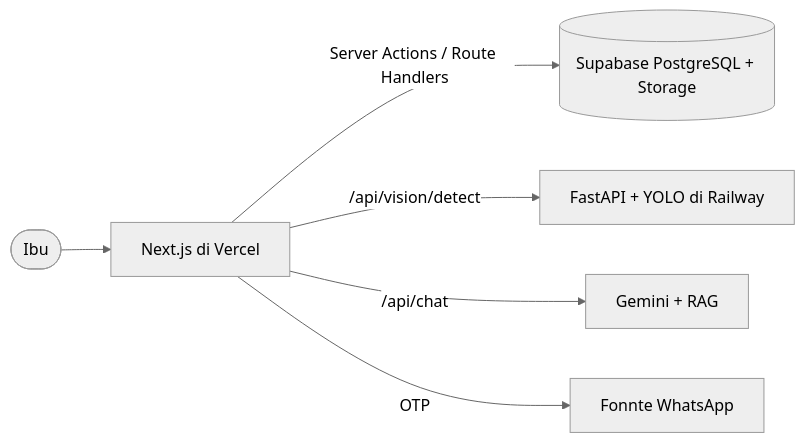
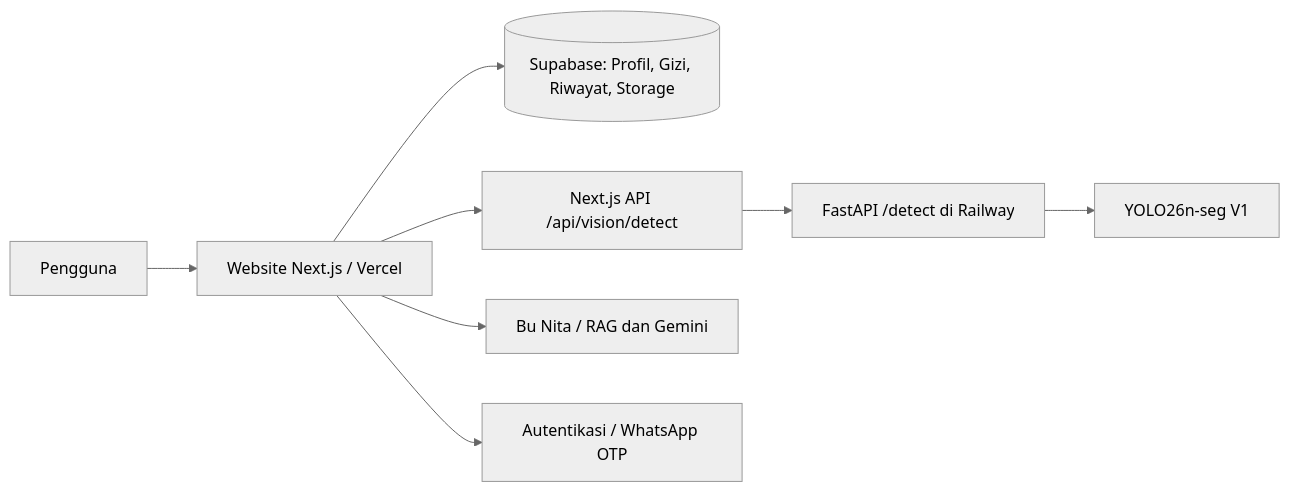
The diagram in README.md (aulyaa12/Projek-Web-Panganita), drawn with Mermaid (neutral theme) before and after one commit. The commit also changed other lines of this file and 1 other file, not shown here.

Commit message:
docs: update README and YOLO26n-seg documentation

````diff
--- a/README.md
+++ b/README.md
@@ -53,8 +65,10 @@
 ```mermaid
 flowchart LR
-  Ibu([Ibu]) --> Web[Next.js di Vercel]
-  Web -->|Server Actions / Route Handlers| DB[(Supabase PostgreSQL + Storage)]
-  Web -->|/api/vision/detect| CV[FastAPI + YOLO di Railway]
-  Web -->|/api/chat| LLM[Gemini + RAG]
-  Web -->|OTP| WA[Fonnte WhatsApp]
+    U[Pengguna] --> W[Website Next.js / Vercel]
+    W --> S[(Supabase: Profil, Gizi, Riwayat, Storage)]
+    W --> A[Next.js API /api/vision/detect]
+    A --> V[FastAPI /detect di Railway]
+    V --> M[YOLO26n-seg V1]
+    W --> C[Bu Nita / RAG dan Gemini]
+    W --> O[Autentikasi / WhatsApp OTP]
 ```
````
